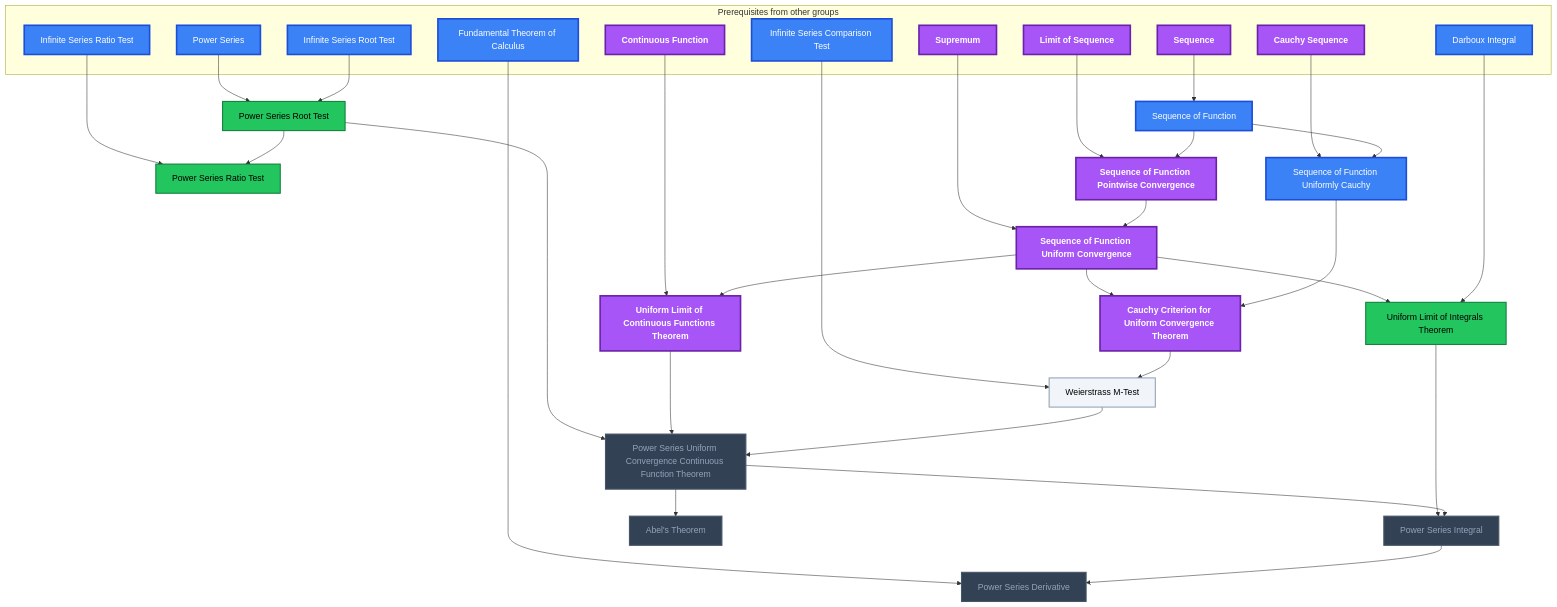
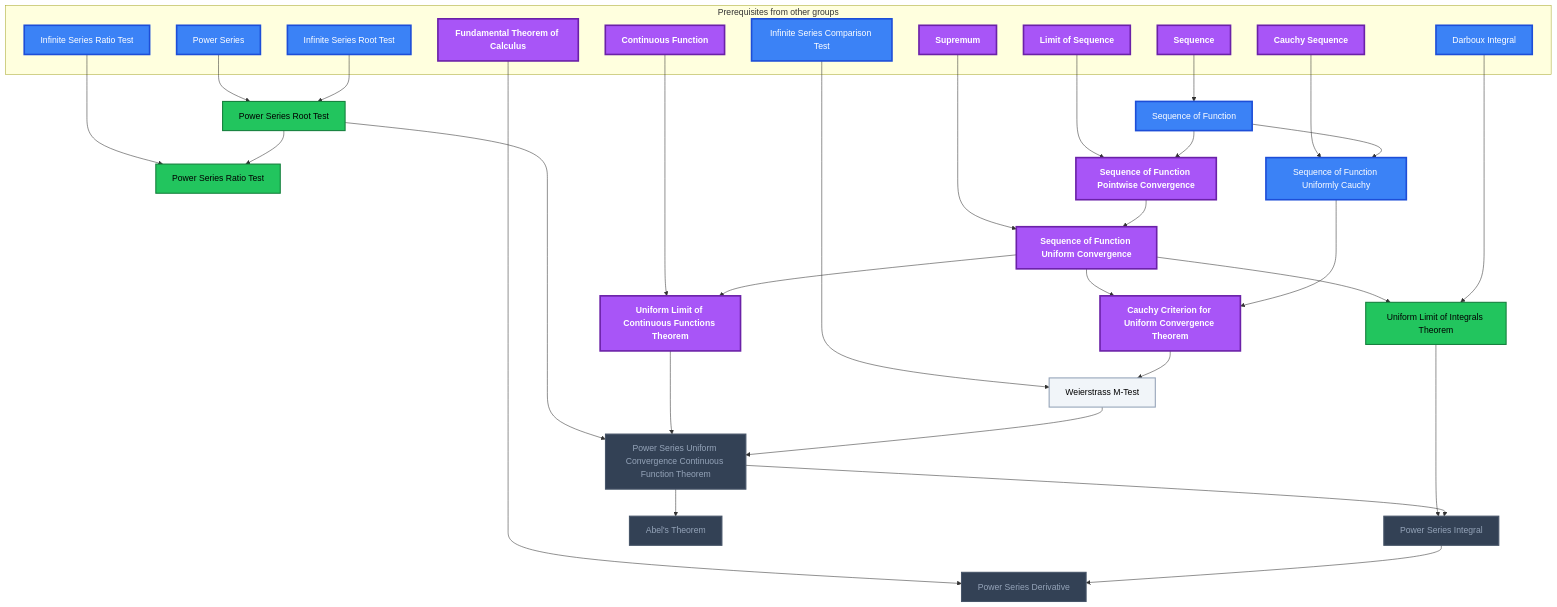
The eighth of 22 diagrams in Gamification/Skill Trees/Real Analysis.md (MRauf1/My-Notes), drawn with Mermaid before and after one commit. The commit also changed other lines of this file and 73 other files, not shown here.

````diff
--- a/Gamification/Skill Trees/Real Analysis.md
+++ b/Gamification/Skill Trees/Real Analysis.md
@@ -787,72 +787,72 @@
 ```mermaid
 flowchart TD
     classDef planned fill:#1E293B,stroke:#64748B,stroke-width:2px,stroke-dasharray:5 5,color:#94A3B8;
     classDef locked fill:#334155,stroke:#475569,stroke-width:2px,color:#94A3B8;
     classDef L0 fill:#F1F5F9,stroke:#94A3B8,stroke-width:2px,color:#000000;
     classDef L1 fill:#22C55E,stroke:#15803D,stroke-width:2px,color:#000000;
     classDef L2 fill:#3B82F6,stroke:#1D4ED8,stroke-width:3px,color:#FFFFFF;
     classDef L3 fill:#A855F7,stroke:#6B21A8,stroke-width:3px,color:#FFFFFF,font-weight:bold;
     classDef L4 fill:#F97316,stroke:#C2410C,stroke-width:4px,color:#000000,font-weight:bold;
     classDef L5 fill:#FFD700,stroke:#FF8C00,stroke-width:5px,color:#000000,font-weight:bold;
     classDef rusty stroke:#8B4513,stroke-width:4px,stroke-dasharray:3 3;
     subgraph sg_prereqs["Prerequisites from other groups"]
         n_power_series["Power Series"]
         n_infinite_series_root_test["Infinite Series Root Test"]
         n_infinite_series_ratio_test["Infinite Series Ratio Test"]
         n_sequence["Sequence"]
         n_limit_of_sequence["Limit of Sequence"]
         n_supremum["Supremum"]
         n_continuous_function["Continuous Function"]
         n_darboux_integral["Darboux Integral"]
         n_cauchy_sequence["Cauchy Sequence"]
         n_infinite_series_comparison_test["Infinite Series Comparison Test"]
         n_fundamental_theorem_of_calculus["Fundamental Theorem of Calculus"]
     end
     n_power_series_root_test["Power Series Root Test"]
     n_power_series_ratio_test["Power Series Ratio Test"]
     n_sequence_of_function["Sequence of Function"]
     n_sequence_of_function_pointwise_convergence["Sequence of Function Pointwise Convergence"]
     n_sequence_of_function_uniform_convergence["Sequence of Function Uniform Convergence"]
     n_uniform_limit_of_continuous_functions_theorem["Uniform Limit of Continuous Functions Theorem"]
     n_uniform_limit_of_integrals_theorem["Uniform Limit of Integrals Theorem"]
     n_cauchy_criterion_for_uniform_convergence_theorem["Cauchy Criterion for Uniform Convergence Theorem"]
     n_sequence_of_function_uniformly_cauchy["Sequence of Function Uniformly Cauchy"]
     n_weierstrass_m_test["Weierstrass M-Test"]
     n_power_series_uniform_convergence_continuous_function_theorem["Power Series Uniform Convergence Continuous Function Theorem"]
     n_power_series_derivative["Power Series Derivative"]
     n_power_series_integral["Power Series Integral"]
     n_abel_s_theorem["Abel's Theorem"]
     n_power_series --> n_power_series_root_test
     n_infinite_series_root_test --> n_power_series_root_test
     n_infinite_series_ratio_test --> n_power_series_ratio_test
     n_power_series_root_test --> n_power_series_ratio_test
     n_sequence --> n_sequence_of_function
     n_limit_of_sequence --> n_sequence_of_function_pointwise_convergence
     n_sequence_of_function --> n_sequence_of_function_pointwise_convergence
     n_supremum --> n_sequence_of_function_uniform_convergence
     n_sequence_of_function_pointwise_convergence --> n_sequence_of_function_uniform_convergence
     n_continuous_function --> n_uniform_limit_of_continuous_functions_theorem
     n_sequence_of_function_uniform_convergence --> n_uniform_limit_of_continuous_functions_theorem
     n_sequence_of_function_uniform_convergence --> n_uniform_limit_of_integrals_theorem
     n_darboux_integral --> n_uniform_limit_of_integrals_theorem
     n_sequence_of_function_uniform_convergence --> n_cauchy_criterion_for_uniform_convergence_theorem
     n_sequence_of_function_uniformly_cauchy --> n_cauchy_criterion_for_uniform_convergence_theorem
     n_cauchy_sequence --> n_sequence_of_function_uniformly_cauchy
     n_sequence_of_function --> n_sequence_of_function_uniformly_cauchy
     n_infinite_series_comparison_test --> n_weierstrass_m_test
     n_cauchy_criterion_for_uniform_convergence_theorem --> n_weierstrass_m_test
     n_power_series_root_test --> n_power_series_uniform_convergence_continuous_function_theorem
     n_uniform_limit_of_continuous_functions_theorem --> n_power_series_uniform_convergence_continuous_function_theorem
     n_weierstrass_m_test --> n_power_series_uniform_convergence_continuous_function_theorem
     n_fundamental_theorem_of_calculus --> n_power_series_derivative
     n_power_series_integral --> n_power_series_derivative
     n_uniform_limit_of_integrals_theorem --> n_power_series_integral
     n_power_series_uniform_convergence_continuous_function_theorem --> n_power_series_integral
     n_power_series_uniform_convergence_continuous_function_theorem --> n_abel_s_theorem
     class n_power_series_uniform_convergence_continuous_function_theorem,n_power_series_derivative,n_power_series_integral,n_abel_s_theorem locked;
     class n_weierstrass_m_test L0;
     class n_power_series_root_test,n_power_series_ratio_test,n_uniform_limit_of_integrals_theorem L1;
-    class n_power_series,n_infinite_series_root_test,n_infinite_series_ratio_test,n_darboux_integral,n_infinite_series_comparison_test,n_fundamental_theorem_of_calculus,n_sequence_of_function,n_sequence_of_function_uniformly_cauchy L2;
-    class n_sequence,n_limit_of_sequence,n_supremum,n_continuous_function,n_cauchy_sequence,n_sequence_of_function_pointwise_convergence,n_sequence_of_function_uniform_convergence,n_uniform_limit_of_continuous_functions_theorem,n_cauchy_criterion_for_uniform_convergence_theorem L3;
+    class n_power_series,n_infinite_series_root_test,n_infinite_series_ratio_test,n_darboux_integral,n_infinite_series_comparison_test,n_sequence_of_function,n_sequence_of_function_uniformly_cauchy L2;
+    class n_sequence,n_limit_of_sequence,n_supremum,n_continuous_function,n_cauchy_sequence,n_fundamental_theorem_of_calculus,n_sequence_of_function_pointwise_convergence,n_sequence_of_function_uniform_convergence,n_uniform_limit_of_continuous_functions_theorem,n_cauchy_criterion_for_uniform_convergence_theorem L3;
     class n_power_series,n_infinite_series_root_test,n_infinite_series_ratio_test,n_sequence,n_limit_of_sequence,n_supremum,n_continuous_function,n_darboux_integral,n_cauchy_sequence,n_infinite_series_comparison_test,n_fundamental_theorem_of_calculus,n_power_series_root_test,n_power_series_ratio_test,n_sequence_of_function,n_sequence_of_function_pointwise_convergence,n_sequence_of_function_uniform_convergence,n_uniform_limit_of_continuous_functions_theorem,n_uniform_limit_of_integrals_theorem,n_cauchy_criterion_for_uniform_convergence_theorem,n_sequence_of_function_uniformly_cauchy,n_weierstrass_m_test,n_power_series_uniform_convergence_continuous_function_theorem,n_power_series_derivative,n_power_series_integral,n_abel_s_theorem internal-link;
 ```
````
